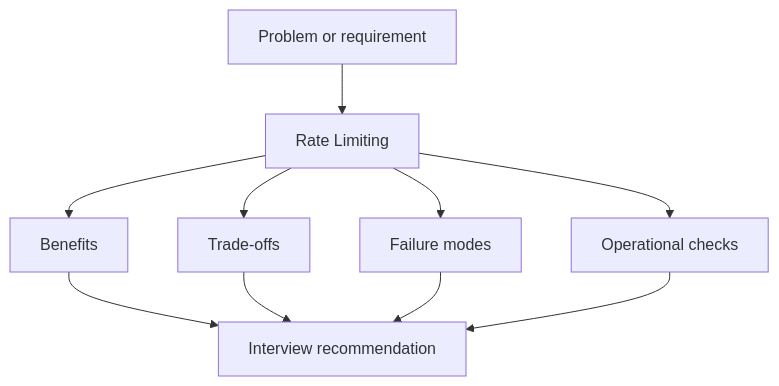
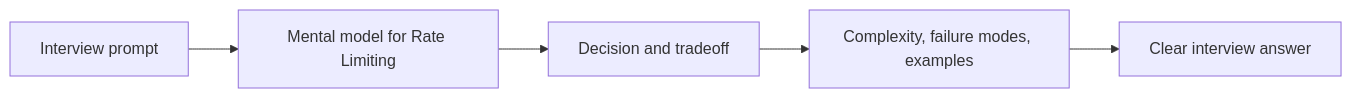
The second of 2 diagrams in components/rate-limiting/index.md (abstractinterviews/abstractinterviews.github.io), drawn with Mermaid before and after one commit. The commit also changed other lines of this file and 278 other files, not shown here.

````diff
--- a/components/rate-limiting/index.md
+++ b/components/rate-limiting/index.md
@@ -159,12 +179,7 @@
-~~~mermaid
-flowchart TD
-    Problem["Problem or requirement"] --> Concept["Rate Limiting"]
-    Concept --> Benefits["Benefits"]
-    Concept --> Tradeoffs["Trade-offs"]
-    Concept --> FailureModes["Failure modes"]
-    Concept --> Operations["Operational checks"]
-    Benefits --> Decision["Interview recommendation"]
-    Tradeoffs --> Decision
-    FailureModes --> Decision
-    Operations --> Decision
-~~~
+```mermaid
+flowchart LR
+    Problem["Interview prompt"] --> Model["Mental model for Rate Limiting"]
+    Model --> Choice["Decision and tradeoff"]
+    Choice --> Evidence["Complexity, failure modes, examples"]
+    Evidence --> Answer["Clear interview answer"]
+```
````
